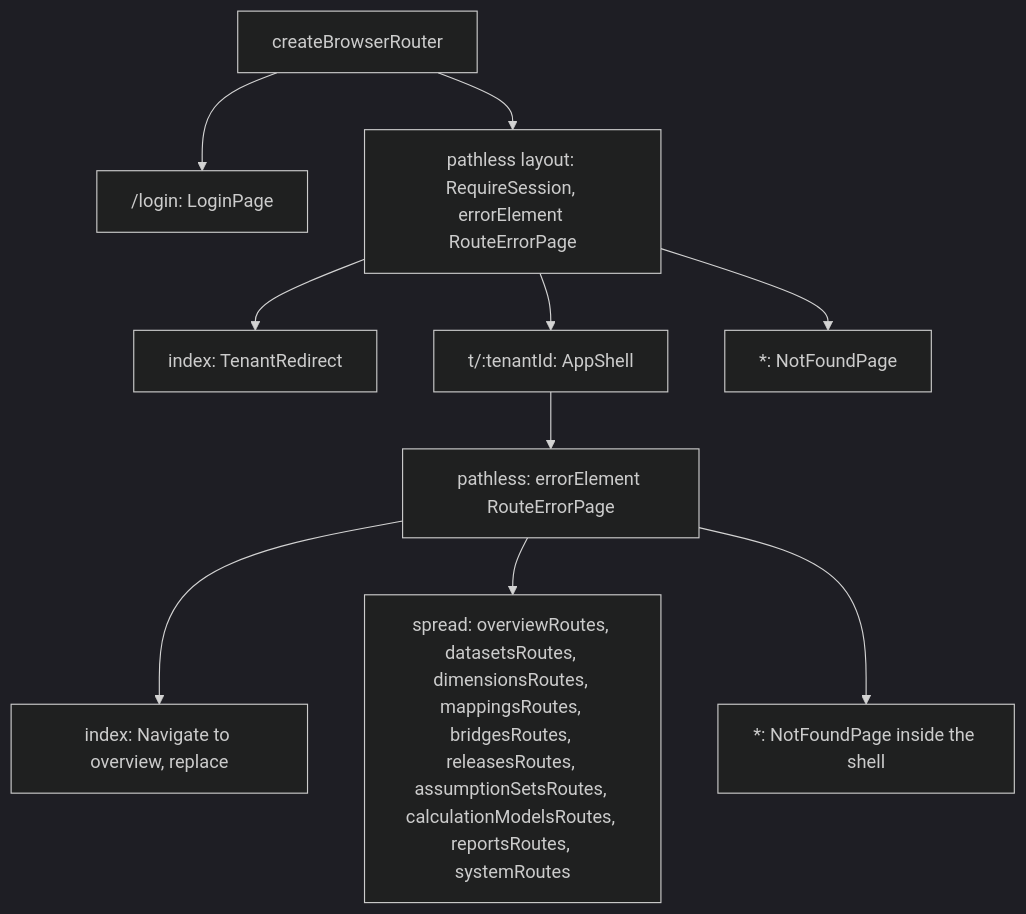
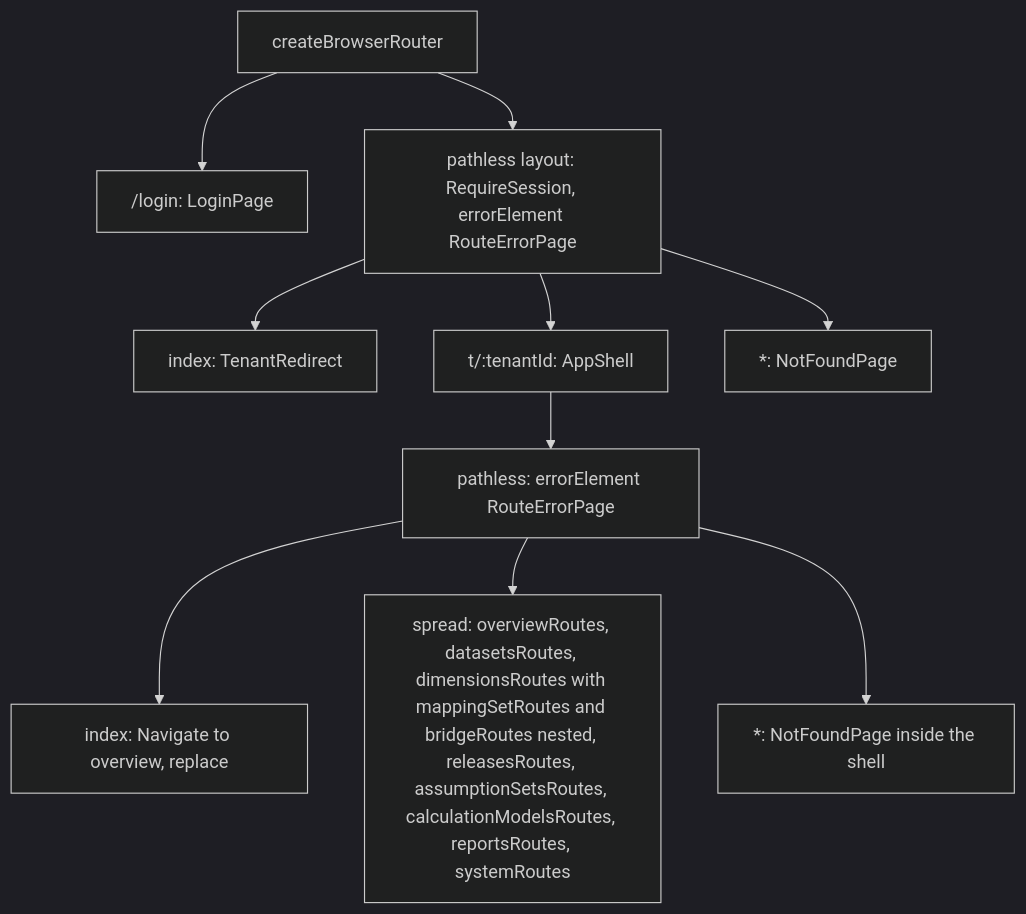
The second of 6 diagrams in web/docs/architecture/02-composition.md (chrisaliotta/Quantalytix.QueryEngine.Admin), drawn with Mermaid (dark theme) before and after one commit. The commit also changed other lines of this file and 42 other files, not shown here.

First line of the commit message:
feat: enhance API documentation and architecture for dimensions, mappings, and bridges

````diff
--- a/web/docs/architecture/02-composition.md
+++ b/web/docs/architecture/02-composition.md
@@ -48,22 +48,22 @@
 ```mermaid
 flowchart TB
     BrowserRouter["createBrowserRouter"]
     LoginRoute["/login: LoginPage"]
     Guard["pathless layout: RequireSession, errorElement RouteErrorPage"]
     IndexRoute["index: TenantRedirect"]
     TenantRoute["t/:tenantId: AppShell"]
     Boundary["pathless: errorElement RouteErrorPage"]
     TenantIndex["index: Navigate to overview, replace"]
-    FeatureRoutes["spread: overviewRoutes, datasetsRoutes, dimensionsRoutes, mappingsRoutes, bridgesRoutes, releasesRoutes, assumptionSetsRoutes, calculationModelsRoutes, reportsRoutes, systemRoutes"]
+    FeatureRoutes["spread: overviewRoutes, datasetsRoutes, dimensionsRoutes with mappingSetRoutes and bridgeRoutes nested, releasesRoutes, assumptionSetsRoutes, calculationModelsRoutes, reportsRoutes, systemRoutes"]
     ShellNotFound["*: NotFoundPage inside the shell"]
     OuterNotFound["*: NotFoundPage"]
     BrowserRouter --> LoginRoute
     BrowserRouter --> Guard
     Guard --> IndexRoute
     Guard --> TenantRoute
     Guard --> OuterNotFound
     TenantRoute --> Boundary
     Boundary --> TenantIndex
     Boundary --> FeatureRoutes
     Boundary --> ShellNotFound
 ```
````
